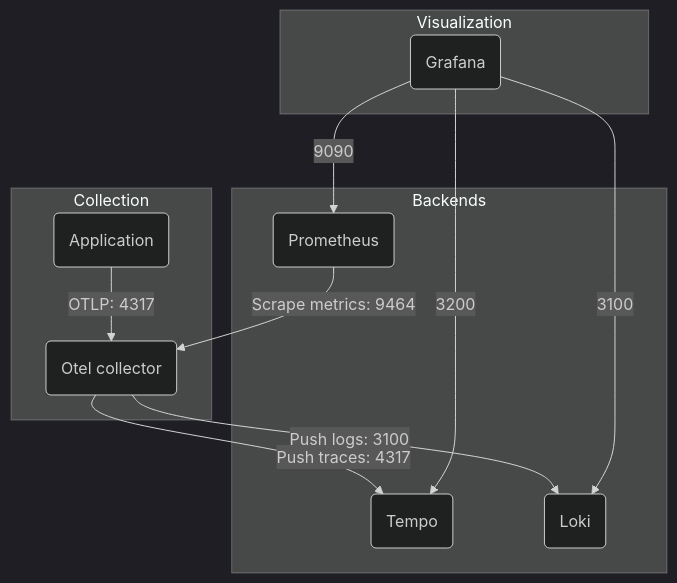
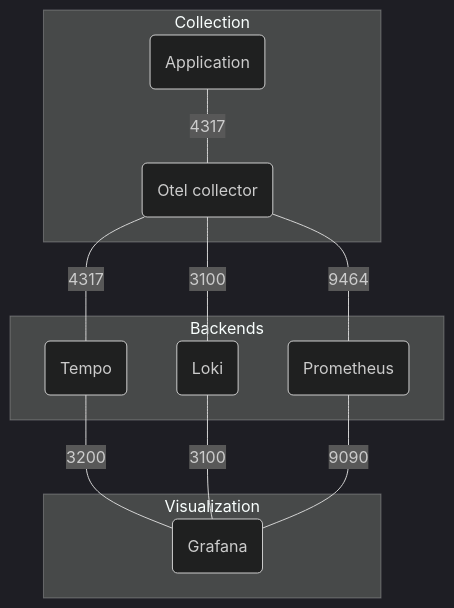
The diagram in README.md (joetanx/o11y-lab), drawn with Mermaid (dark theme) before and after one commit.

````diff
--- a/README.md
+++ b/README.md
@@ -3,27 +3,26 @@
 ```mermaid
 flowchart TD
 
-  subgraph Collection
-    A(Application)
-    B(Otel collector)
-  end
+subgraph Collection
+  A(Application)
+  B(Otel collector)
+end
 
-  subgraph Backends
-    C(Tempo)
-    D(Loki)
-    E(Prometheus)
-  end
+subgraph Backends
+  C(Tempo)
+  D(Loki)
+  E(Prometheus)
+end
 
-  subgraph Visualization
-    F(Grafana)
-  end
+subgraph Visualization
+  F(Grafana)
+end
 
-  A -->|OTLP: 4317| B
-  B -->|Push traces: 4317| C
-  B -->|Push logs: 3100| D
-  E -->|Scrape metrics: 9464| B
-
-  F -->|9090| E
-  F -->|3100| D
-  F -->|3200| C
+A ---|4317| B
+B ---|4317| C
+B ---|3100| D
+B ---|9464| E
+C ---|3200| F
+D ---|3100| F
+E ---|9090| F
 ```
````
